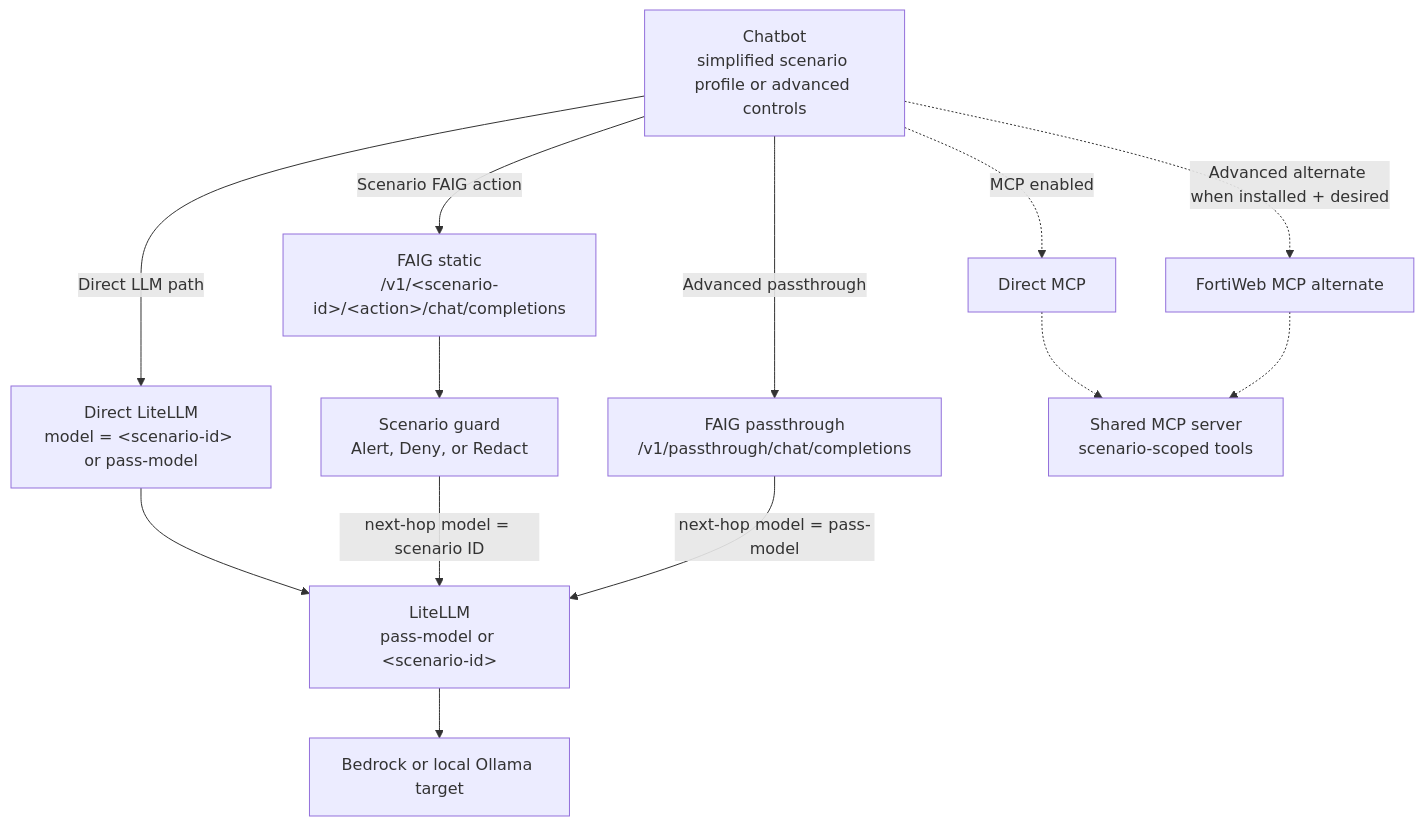
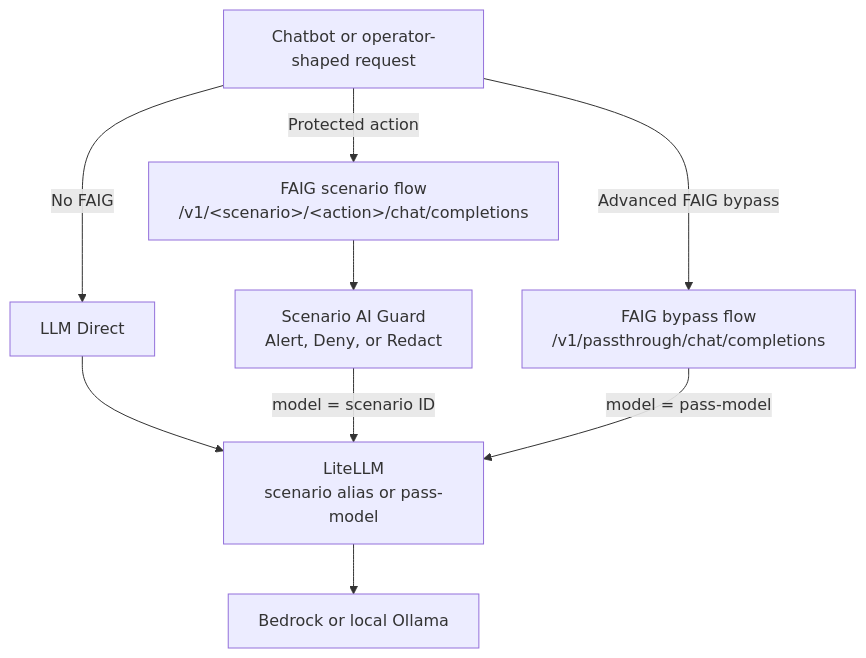
Before and after one commit to mabutterfield/fortiaigate_demo: the first of 3 diagrams in docs/fortiaigate-lab-flows.md, drawn with Mermaid. The commit also changed other lines of this file and 13 other files, not shown here.

````diff
--- a/docs/fortiaigate-lab-flows.md
+++ b/docs/fortiaigate-lab-flows.md
@@ -7,26 +10,19 @@
 ```mermaid
 flowchart TD
-    UI["Chatbot<br/>simplified scenario profile or advanced controls"]
-    DIRECT["Direct LiteLLM<br/>model = &lt;scenario-id&gt; or pass-model"]
-    STATIC["FAIG static<br/>/v1/&lt;scenario-id&gt;/&lt;action&gt;/chat/completions"]
-    PASS["FAIG passthrough<br/>/v1/passthrough/chat/completions"]
-    GUARD["Scenario guard<br/>Alert, Deny, or Redact"]
-    LL["LiteLLM<br/>pass-model or &lt;scenario-id&gt;"]
-    MODEL["Bedrock or local Ollama target"]
-    MCPD["Direct MCP"]
-    FWEB["FortiWeb MCP alternate"]
-    MCP["Shared MCP server<br/>scenario-scoped tools"]
+    UI["Chatbot or operator-shaped request"]
+    DIRECT["LLM Direct"]
+    FLOW["FAIG scenario flow<br/>/v1/&lt;scenario&gt;/&lt;action&gt;/chat/completions"]
+    PASS["FAIG bypass flow<br/>/v1/passthrough/chat/completions"]
+    GUARD["Scenario AI Guard<br/>Alert, Deny, or Redact"]
+    LL["LiteLLM<br/>scenario alias or pass-model"]
+    MODEL["Bedrock or local Ollama"]
 
-    UI -->|"Direct LLM path"| DIRECT
-    UI -->|"Scenario FAIG action"| STATIC
-    UI -->|"Advanced passthrough"| PASS
+    UI -->|"No FAIG"| DIRECT
+    UI -->|"Protected action"| FLOW
+    UI -->|"Advanced FAIG bypass"| PASS
     DIRECT --> LL
-    STATIC --> GUARD
-    GUARD -->|"next-hop model = scenario ID"| LL
-    PASS -->|"next-hop model = pass-model"| LL
+    FLOW --> GUARD
+    GUARD -->|"model = scenario ID"| LL
+    PASS -->|"model = pass-model"| LL
     LL --> MODEL
-    UI -.->|"MCP enabled"| MCPD
-    UI -.->|"Advanced alternate when installed + desired"| FWEB
-    MCPD -.-> MCP
-    FWEB -.-> MCP
 ```
````
